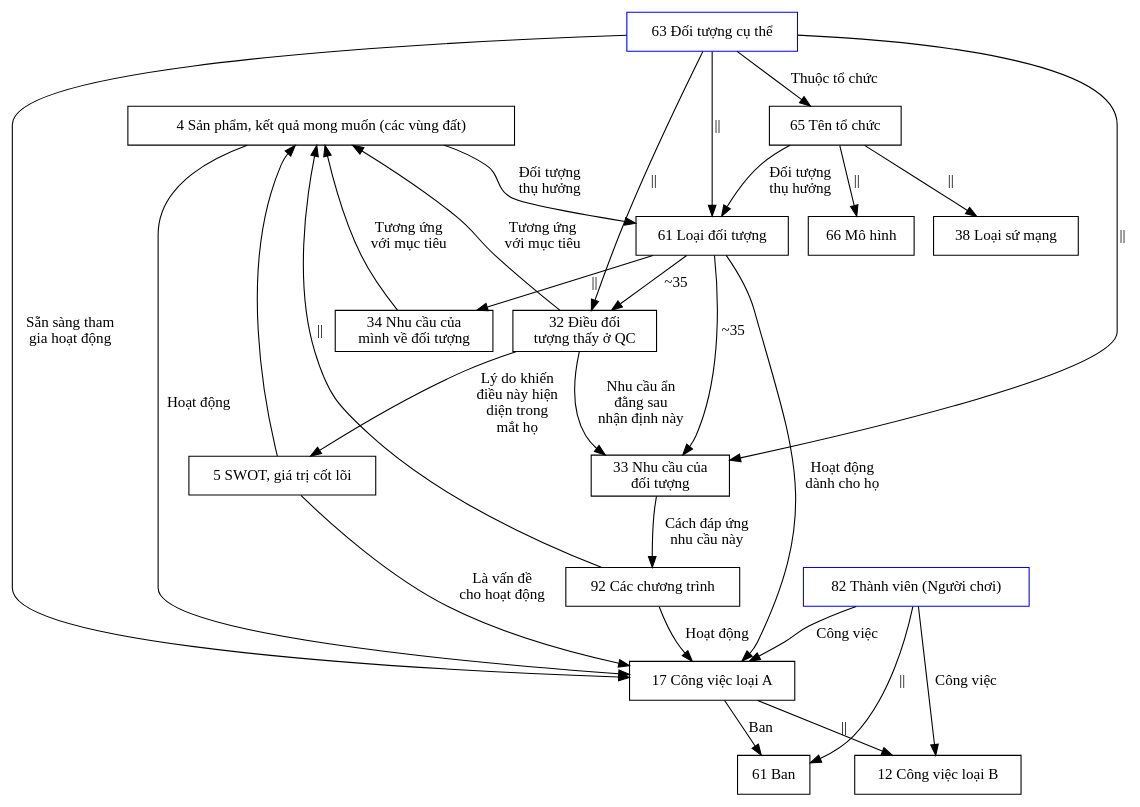
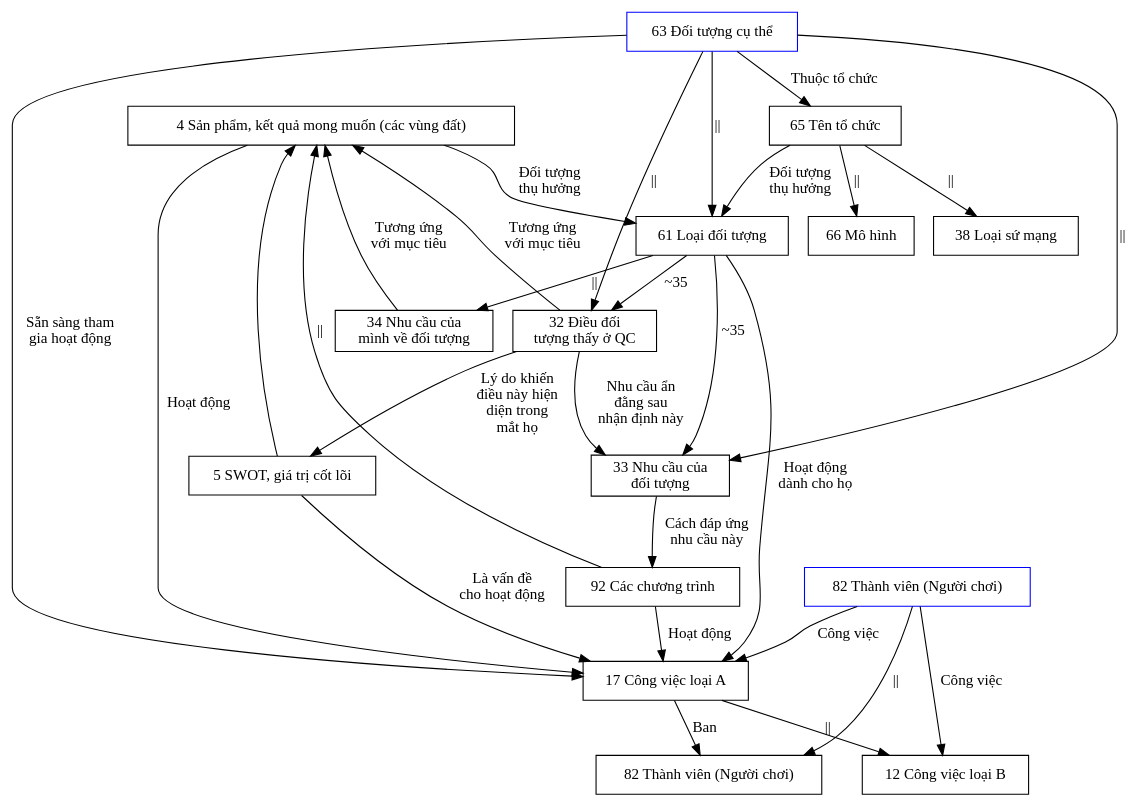
The first of 2 diagrams in 9 Tài liệu khác/91 Tính năng của vault/912 Theo tính năng/Lược đồ dữ liệu.md (QuaCau-TheSphere/LandofSpheres), drawn with Graphviz before and after one commit. The commit also changed other lines of this file and 21 other files, not shown here.

````diff
--- a/9 Tài liệu khác/91 Tính năng của vault/912 Theo tính năng/Lược đồ dữ liệu.md
+++ b/9 Tài liệu khác/91 Tính năng của vault/912 Theo tính năng/Lược đồ dữ liệu.md
@@ -5,55 +5,55 @@
 ```dot
 digraph {
 overlap = scale
 //overlap = false;
 splines = true
 
 node [shape=round] 
 2 [label="4 Sản phẩm, kết quả mong muốn (các vùng đất)"] 
 4 [label="5 SWOT, giá trị cốt lõi"] 
 
 11 [label="17 Công việc loại A"] 
 12 [label="12 Công việc loại B"] 
 
 31 [label="61 Loại đối tượng"] 
 32 [label="32 Điều đối\ntượng thấy ở QC"] 
 33 [label="33 Nhu cầu của\nđối tượng"] 
 34 [label="34 Nhu cầu của\nmình về đối tượng"] 
 35 [label="63 Đối tượng cụ thể" color=blue] 
 36 [label="65 Tên tổ chức"] 
 37 [label="66 Mô hình"] 
 38 [label="38 Loại sứ mạng"] 
 
-61 [label="61 Ban"] 
+61 [label="82 Thành viên (Người chơi)"] 
 62 [label="82 Thành viên (Người chơi)" color=blue] 
 
 92 [label="92 Các chương trình"]
 
 35 -> {31,32, 33} [label="||" ]
 31 -> {32} [label="~35"] 
 31 -> 33 [label="~35"] 
 31 -> 34 [label="||"] 
 32 -> 4 [label="Lý do khiến\nđiều này hiện\ndiện trong\nmắt họ"] 
 32 -> 33 [label="Nhu cầu ẩn\nđằng sau\nnhận định này"] 
 {34, 32} -> 2 [label="Tương ứng\nvới mục tiêu" ] 
 35 -> 36 [label="Thuộc tổ chức"]
 36 -> {37, 38} [label="||"]
 36 -> 31 [label="Đối tượng\nthụ hưởng"]
 33 -> 92 [label="Cách đáp ứng\nnhu cầu này"]
 92 -> 11 [label="Hoạt động"]
 
 35 -> 11 [label="Sẵn sàng tham\ngia hoạt động"]
 31 -> 11 [label="Hoạt động\ndành cho họ"]
 2 -> 11 [label="Hoạt động"] 
 2 -> 31 [label="Đối tượng\nthụ hưởng"]
 4 -> 11 [label="Là vấn đề\ncho hoạt động"]
 92 -> 2 [label="||"]
 4 -> 2
 
 11 -> 12 [label="||"]
 11 -> 61 [label="Ban"]
 
 62 -> {11, 12} [label="Công việc"]
 62 -> 61 [label="||"]
 }
 ```
````
